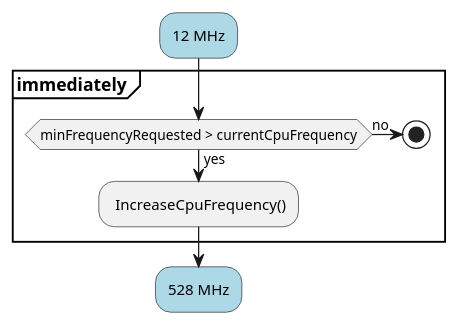
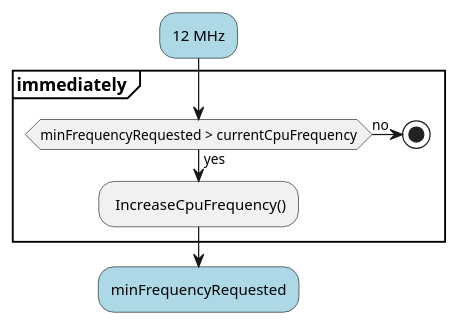
Before and after one commit to mudita/MuditaOS: the diagram in module-sys/SystemManager/doc/data/IncreasingImmediatelyCpuFreq.puml, drawn with PlantUML. The commit also changed 16 other files, not shown here.

```diff
--- a/module-sys/SystemManager/doc/data/IncreasingImmediatelyCpuFreq.puml
+++ b/module-sys/SystemManager/doc/data/IncreasingImmediatelyCpuFreq.puml
@@ -1,14 +1,14 @@
 @startuml
 #lightblue :12 MHz;
 
 partition "**immediately **" {
    if (minFrequencyRequested > currentCpuFrequency) then (yes)
   : IncreaseCpuFrequency();
   else (no) 
   stop;
   endif
 }
 
 
-#lightblue :528 MHz;
+#lightblue :minFrequencyRequested;
 @enduml
```
